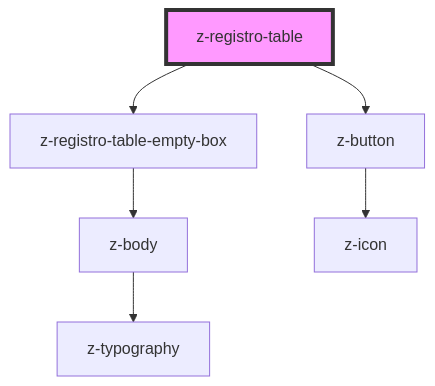
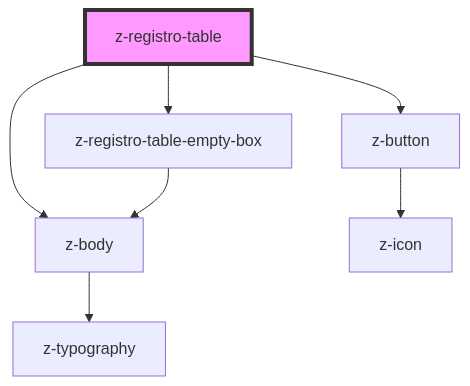
Before and after one commit to ZanichelliEditore/design-system: the diagram in src/snowflakes/registro-table/z-registro-table/readme.md, drawn with Mermaid. The commit also changed other lines of this file and 5 other files, not shown here.

````diff
--- a/src/snowflakes/registro-table/z-registro-table/readme.md
+++ b/src/snowflakes/registro-table/z-registro-table/readme.md
@@ -50,9 +56,10 @@
 ```mermaid
 graph TD;
+  z-registro-table --> z-body
   z-registro-table --> z-registro-table-empty-box
   z-registro-table --> z-button
+  z-body --> z-typography
   z-registro-table-empty-box --> z-body
-  z-body --> z-typography
   z-button --> z-icon
   style z-registro-table fill:#f9f,stroke:#333,stroke-width:4px
 ```
````
